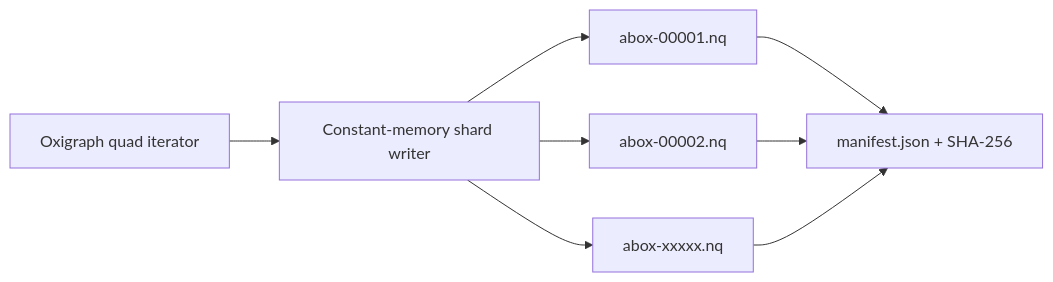
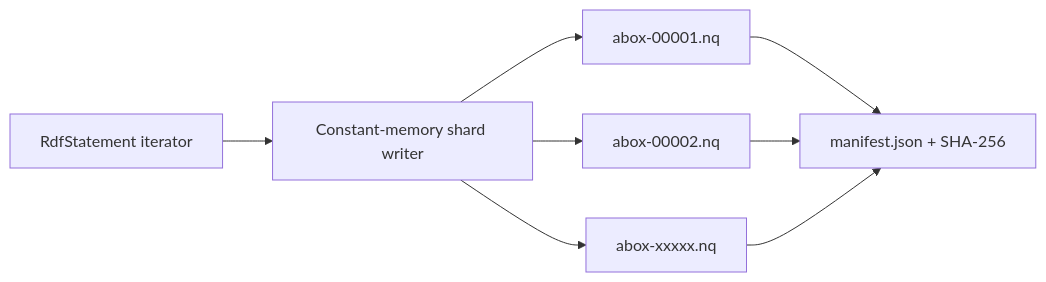
Before and after one commit to mlnethub/isestudio: the fifth of 5 diagrams in docs/architecture.md, drawn with Mermaid. The commit also changed other lines of this file and 108 other files, not shown here.

````diff
--- a/docs/architecture.md
+++ b/docs/architecture.md
@@ -110,10 +125,10 @@
 ```mermaid
 flowchart LR
-    OXI["Oxigraph quad iterator"] --> WRITER["Constant-memory shard writer"]
+    OXI["RdfStatement iterator"] --> WRITER["Constant-memory shard writer"]
     WRITER --> NQ1["abox-00001.nq"]
     WRITER --> NQ2["abox-00002.nq"]
     WRITER --> NQN["abox-xxxxx.nq"]
     NQ1 --> MANIFEST["manifest.json + SHA-256"]
     NQ2 --> MANIFEST
     NQN --> MANIFEST
 ```
````
